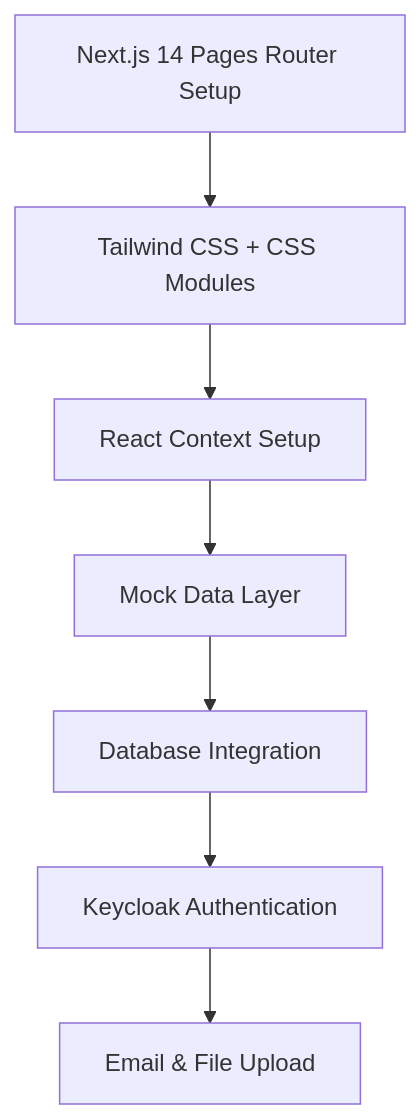
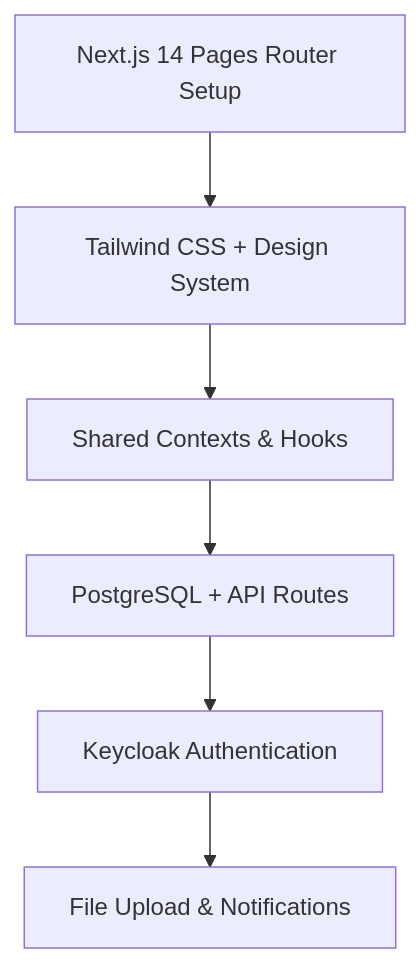
The diagram in docs/frontend-first-roadmap.md (betiel-woldai/lernplan_new), drawn with Mermaid before and after one commit. The commit also changed other lines of this file and 115 other files, not shown here.

First line of the commit message:
🧹 Major codebase cleanup and dashboard architecture improvements

````diff
--- a/docs/frontend-first-roadmap.md
+++ b/docs/frontend-first-roadmap.md
@@ -17,9 +17,8 @@
 ```mermaid
 graph TD
-    A[Next.js 14 Pages Router Setup] --> B[Tailwind CSS + CSS Modules]
-    B --> C[React Context Setup]
-    C --> D[Mock Data Layer]
-    D --> E[Database Integration]
-    E --> F[Keycloak Authentication]
-    F --> G[Email & File Upload]
+    A[Next.js 14 Pages Router Setup] --> B[Tailwind CSS + Design System]
+    B --> C[Shared Contexts & Hooks]
+    C --> D[PostgreSQL + API Routes]
+    D --> E[Keycloak Authentication]
+    E --> F[File Upload & Notifications]
 ```
````
